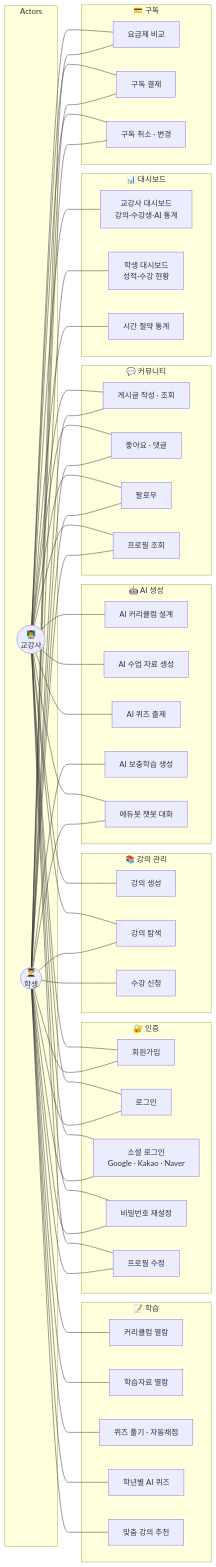
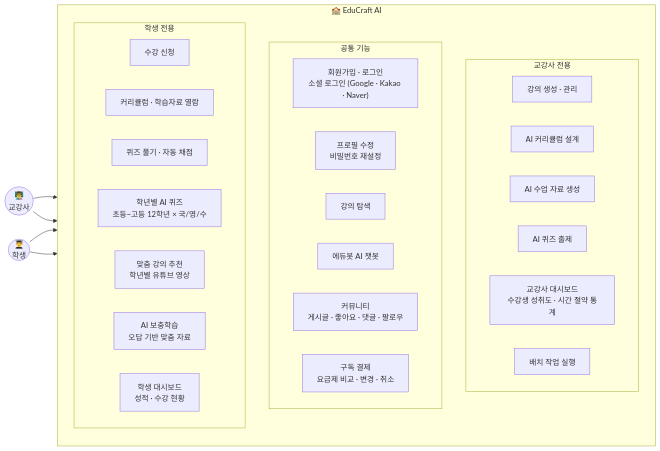
The third of 4 diagrams in README.md (GEONHO96/EduCraft-AI), drawn with Mermaid before and after one commit.

Commit message:
docs: 유스케이스 다이어그램 개선 - 역할별 그룹 연결로 가독성 확보
- 개별 노드 연결(스파게티) → 역할별 그룹 연결로 변경
- 교강사 전용 / 공통 / 학생 전용 3영역으로 명확히 분리
- 액터를 좌우 배치하여 전통적 유스케이스 다이어그램 형태 구현

````diff
--- a/README.md
+++ b/README.md
@@ -366,73 +366,43 @@
 ```mermaid
 flowchart LR
-    subgraph Actors
-        T(("👨‍🏫<br/>교강사"))
-        S(("👨‍🎓<br/>학생"))
+    T(("👨‍🏫<br/>교강사"))
+
+    subgraph System["🏫 EduCraft AI"]
+        direction TB
+
+        subgraph TOnly["교강사 전용"]
+            T1["강의 생성 · 관리"]
+            T2["AI 커리큘럼 설계"]
+            T3["AI 수업 자료 생성"]
+            T4["AI 퀴즈 출제"]
+            T5["교강사 대시보드<br/>수강생 성취도 · 시간 절약 통계"]
+            T6["배치 작업 실행"]
+        end
+
+        subgraph Common["공통 기능"]
+            C1["회원가입 · 로그인<br/>소셜 로그인 (Google · Kakao · Naver)"]
+            C2["프로필 수정<br/>비밀번호 재설정"]
+            C3["강의 탐색"]
+            C4["에듀봇 AI 챗봇"]
+            C5["커뮤니티<br/>게시글 · 좋아요 · 댓글 · 팔로우"]
+            C6["구독 결제<br/>요금제 비교 · 변경 · 취소"]
+        end
+
+        subgraph SOnly["학생 전용"]
+            S1["수강 신청"]
+            S2["커리큘럼 · 학습자료 열람"]
+            S3["퀴즈 풀기 · 자동 채점"]
+            S4["학년별 AI 퀴즈<br/>초등~고등 12학년 × 국/영/수"]
+            S5["맞춤 강의 추천<br/>학년별 유튜브 영상"]
+            S6["AI 보충학습<br/>오답 기반 맞춤 자료"]
+            S7["학생 대시보드<br/>성적 · 수강 현황"]
+        end
     end
 
-    subgraph Auth["🔐 인증"]
-        A1[회원가입]
-        A2[로그인]
-        A3[소셜 로그인<br/>Google · Kakao · Naver]
-        A4[비밀번호 재설정]
-        A5[프로필 수정]
-    end
+    S(("👨‍🎓<br/>학생"))
 
-    subgraph Course["📚 강의 관리"]
-        C1[강의 생성]
-        C2[강의 탐색]
-        C3[수강 신청]
-    end
-
-    subgraph AIGen["🤖 AI 생성"]
-        AI1[AI 커리큘럼 설계]
-        AI2[AI 수업 자료 생성]
-        AI3[AI 퀴즈 출제]
-        AI4[AI 보충학습 생성]
-        AI5[에듀봇 챗봇 대화]
-    end
-
-    subgraph Learning["📝 학습"]
-        L1[커리큘럼 열람]
-        L2[학습자료 열람]
-        L3[퀴즈 풀기 · 자동채점]
-        L4[학년별 AI 퀴즈]
-        L5[맞춤 강의 추천]
-    end
-
-    subgraph Social["💬 커뮤니티"]
-        S1[게시글 작성 · 조회]
-        S2[좋아요 · 댓글]
-        S3[팔로우]
-        S4[프로필 조회]
-    end
-
-    subgraph Dashboard["📊 대시보드"]
-        D1[교강사 대시보드<br/>강의·수강생·AI 통계]
-        D2[학생 대시보드<br/>성적·수강 현황]
-        D3[시간 절약 통계]
-    end
-
-    subgraph Sub["💳 구독"]
-        P1[요금제 비교]
-        P2[구독 결제]
-        P3[구독 취소 · 변경]
-    end
-
-    %% 교강사 연결
-    T --- A1 & A2 & A3 & A4 & A5
-    T --- C1 & C2
-    T --- AI1 & AI2 & AI3 & AI5
-    T --- D1 & D3
-    T --- S1 & S2 & S3 & S4
-    T --- P1 & P2 & P3
-
-    %% 학생 연결
-    S --- A1 & A2 & A3 & A4 & A5
-    S --- C2 & C3
-    S --- L1 & L2 & L3 & L4 & L5
-    S --- AI4 & AI5
-    S --- D2
-    S --- S1 & S2 & S3 & S4
-    S --- P1 & P2 & P3
+    T --> TOnly
+    T --> Common
+    S --> Common
+    S --> SOnly
 ```
````
